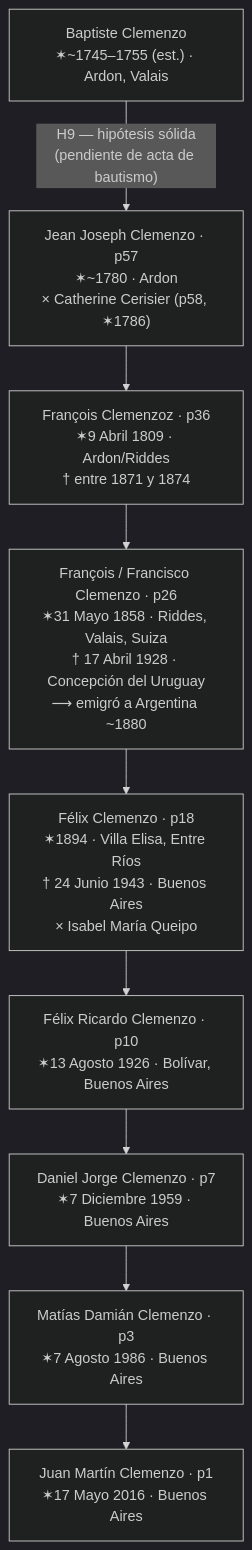
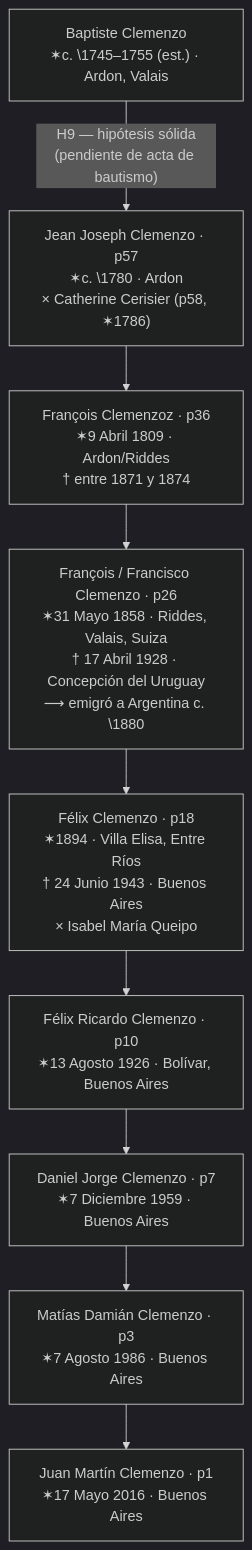
The first of 2 diagrams in content/posts/clan-clemenzo.md (cmzo/web-genealogia), drawn with Mermaid (dark theme) before and after one commit. The commit also changed other lines of this file and 1 other file, not shown here.

````diff
--- a/content/posts/clan-clemenzo.md
+++ b/content/posts/clan-clemenzo.md
@@ -622,21 +622,21 @@
 ```mermaid
 flowchart TD
-    BAP["Baptiste Clemenzo\n✶~1745–1755 (est.) · Ardon, Valais"]
-    JJC["Jean Joseph Clemenzo · p57\n✶~1780 · Ardon\n× Catherine Cerisier (p58, ✶1786)"]
+    BAP["Baptiste Clemenzo\n✶c. \1745–1755 (est.) · Ardon, Valais"]
+    JJC["Jean Joseph Clemenzo · p57\n✶c. \1780 · Ardon\n× Catherine Cerisier (p58, ✶1786)"]
     FR2["François Clemenzoz · p36\n✶9 Abril 1809 · Ardon/Riddes\n† entre 1871 y 1874"]
-    FRA["François / Francisco Clemenzo · p26\n✶31 Mayo 1858 · Riddes, Valais, Suiza\n† 17 Abril 1928 · Concepción del Uruguay\n⟶ emigró a Argentina ~1880"]
+    FRA["François / Francisco Clemenzo · p26\n✶31 Mayo 1858 · Riddes, Valais, Suiza\n† 17 Abril 1928 · Concepción del Uruguay\n⟶ emigró a Argentina c. \1880"]
     FEL["Félix Clemenzo · p18\n✶1894 · Villa Elisa, Entre Ríos\n† 24 Junio 1943 · Buenos Aires\n× Isabel María Queipo"]
     FER["Félix Ricardo Clemenzo · p10\n✶13 Agosto 1926 · Bolívar, Buenos Aires"]
     DAN["Daniel Jorge Clemenzo · p7\n✶7 Diciembre 1959 · Buenos Aires"]
     MAT["Matías Damián Clemenzo · p3\n✶7 Agosto 1986 · Buenos Aires"]
     JM["Juan Martín Clemenzo · p1\n✶17 Mayo 2016 · Buenos Aires"]
 
     BAP -->|"H9 — hipótesis sólida\n(pendiente de acta de bautismo)"| JJC
     JJC --> FR2
     FR2 --> FRA
     FRA --> FEL
     FEL --> FER
     FER --> DAN
     DAN --> MAT
     MAT --> JM
 ```
````
